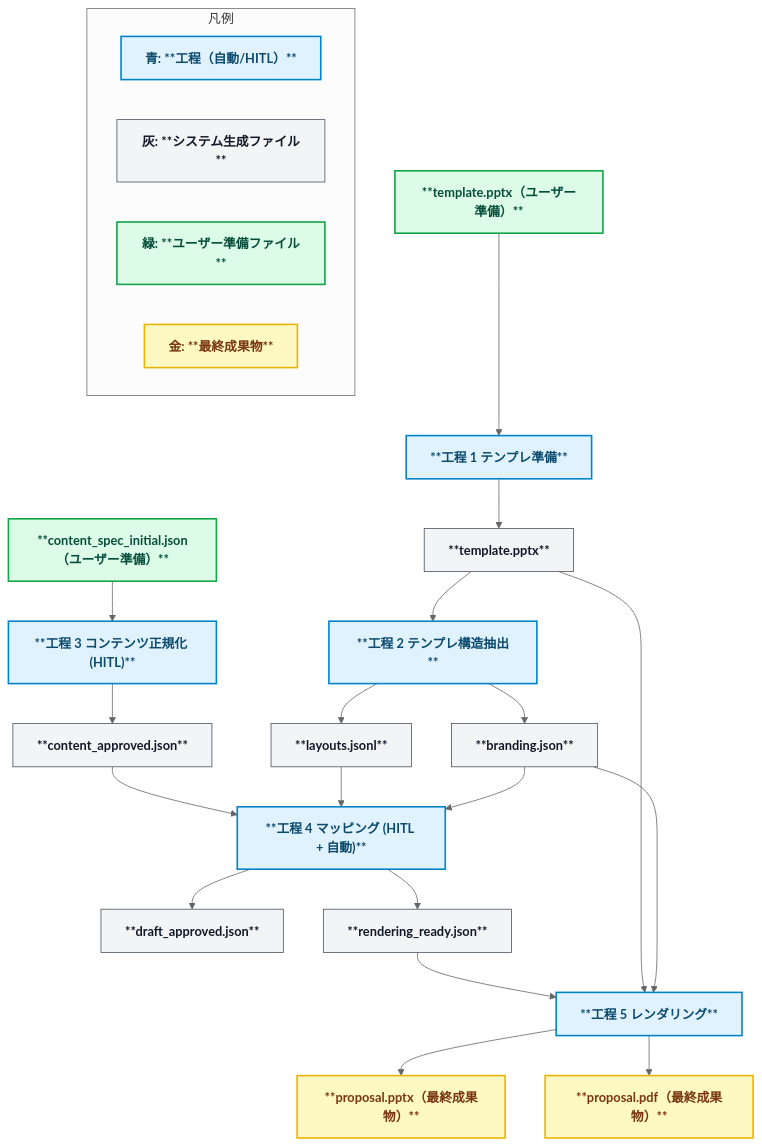
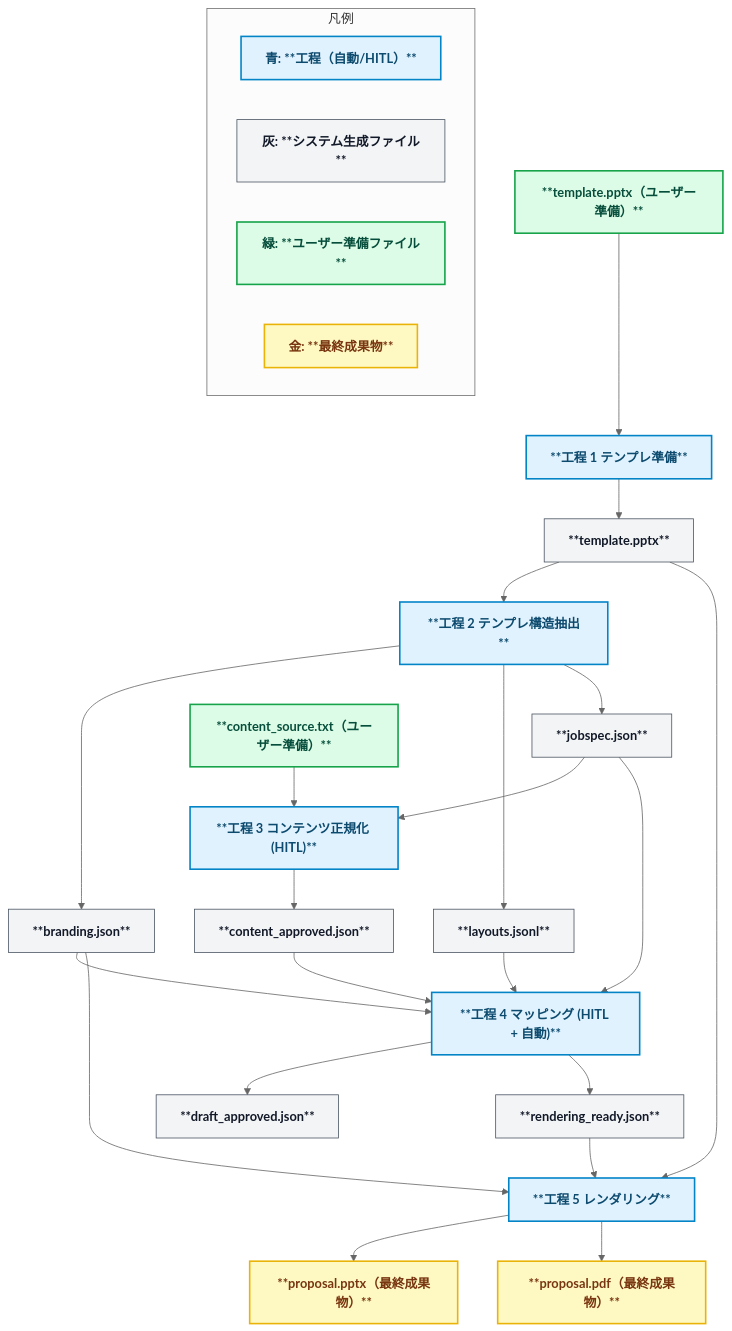
The diagram in README.md (yurake/pptx_generator), drawn with Mermaid (neutral theme) before and after one commit. The commit also changed other lines of this file and 8 other files, not shown here.

````diff
--- a/README.md
+++ b/README.md
@@ -30,44 +29,47 @@
 ```mermaid
 flowchart TD
   %% ======= Styles =======
   classDef stage fill:#e0f2fe,stroke:#0284c7,stroke-width:2px,color:#0c4a6e,font-weight:bold;
   classDef file fill:#f3f4f6,stroke:#4b5563,stroke-width:1px,color:#111827,font-weight:bold;
   classDef userfile fill:#dcfce7,stroke:#16a34a,stroke-width:2px,color:#064e3b,font-weight:bold;
   classDef final fill:#fef9c3,stroke:#eab308,stroke-width:2px,color:#78350f,font-weight:bold;
 
   %% ======= Stage 1 =======
   Tmpl["**template.pptx（ユーザー準備）**"]:::userfile --> S1["**工程 1 テンプレ準備**"]:::stage
   S1 --> Tmpl_out["**template.pptx**"]:::file
 
   %% ======= Stage 2 =======
   Tmpl_out --> S2["**工程 2 テンプレ構造抽出**"]:::stage
   S2 --> Brand["**branding.json**"]:::file
   S2 --> Layouts["**layouts.jsonl**"]:::file
+  S2 --> Jobspec["**jobspec.json**"]:::file
 
   %% ======= Stage 3 =======
-  Spec["**content_spec_initial.json（ユーザー準備）**"]:::userfile --> S3["**工程 3 コンテンツ正規化 (HITL)**"]:::stage
+  ContentSrc["**content_source.txt（ユーザー準備）**"]:::userfile --> S3["**工程 3 コンテンツ正規化 (HITL)**"]:::stage
+  Jobspec --> S3
   S3 --> Content["**content_approved.json**"]:::file
 
   %% ======= Stage 4 =======
   Content --> S4["**工程 4 マッピング (HITL + 自動)**"]:::stage
   Layouts --> S4
   Brand --> S4
+  Jobspec --> S4
   S4 --> Draft["**draft_approved.json**"]:::file
   S4 --> Ready["**rendering_ready.json**"]:::file
 
   %% ======= Stage 5 =======
   Ready --> S5["**工程 5 レンダリング**"]:::stage
   Tmpl_out --> S5
   Brand --> S5
   S5 --> PPTX["**proposal.pptx（最終成果物）**"]:::final
   S5 --> PDF["**proposal.pdf（最終成果物）**"]:::final
 
   %% ======= Legend =======
   subgraph Legend[凡例]
     direction LR
     A1["青: **工程（自動/HITL）**"]:::stage
     A2["灰: **システム生成ファイル**"]:::file
     A3["緑: **ユーザー準備ファイル**"]:::userfile
     A4["金: **最終成果物**"]:::final
   end
 ```
````
